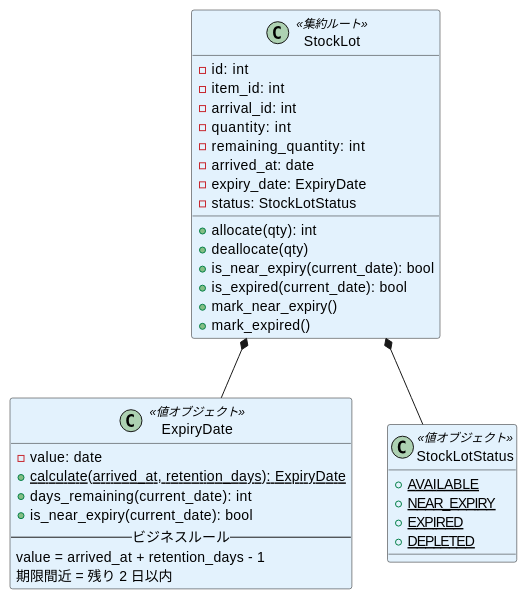
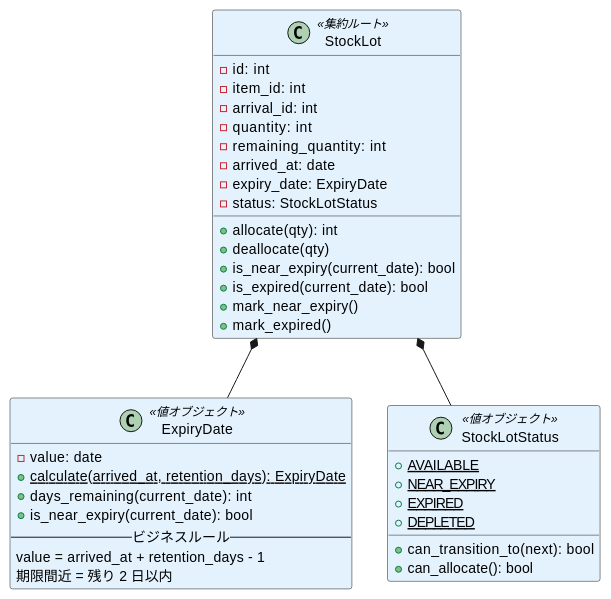
Before and after one commit to k2works/case-study-sdd-development: the fifth of 10 diagrams in docs/design/domain-model.md, drawn with PlantUML. The commit also changed other lines of this file and 3 other files, not shown here.

````diff
--- a/docs/design/domain-model.md
+++ b/docs/design/domain-model.md
@@ -285,42 +285,44 @@
 ```plantuml
 @startuml
 
 class StockLot <<集約ルート>> #E3F2FD {
   - id: int
   - item_id: int
   - arrival_id: int
   - quantity: int
   - remaining_quantity: int
   - arrived_at: date
   - expiry_date: ExpiryDate
   - status: StockLotStatus
   + allocate(qty): int
   + deallocate(qty)
   + is_near_expiry(current_date): bool
   + is_expired(current_date): bool
   + mark_near_expiry()
   + mark_expired()
 }
 
 class ExpiryDate <<値オブジェクト>> #E3F2FD {
   - value: date
   + {static} calculate(arrived_at, retention_days): ExpiryDate
   + days_remaining(current_date): int
   + is_near_expiry(current_date): bool
   -- ビジネスルール --
   value = arrived_at + retention_days - 1
   期限間近 = 残り 2 日以内
 }
 
 class StockLotStatus <<値オブジェクト>> #E3F2FD {
   + {static} AVAILABLE
   + {static} NEAR_EXPIRY
   + {static} EXPIRED
   + {static} DEPLETED
+  + can_transition_to(next): bool
+  + can_allocate(): bool
 }
 
 StockLot *-- ExpiryDate
 StockLot *-- StockLotStatus
 
 @enduml
 ```
````
